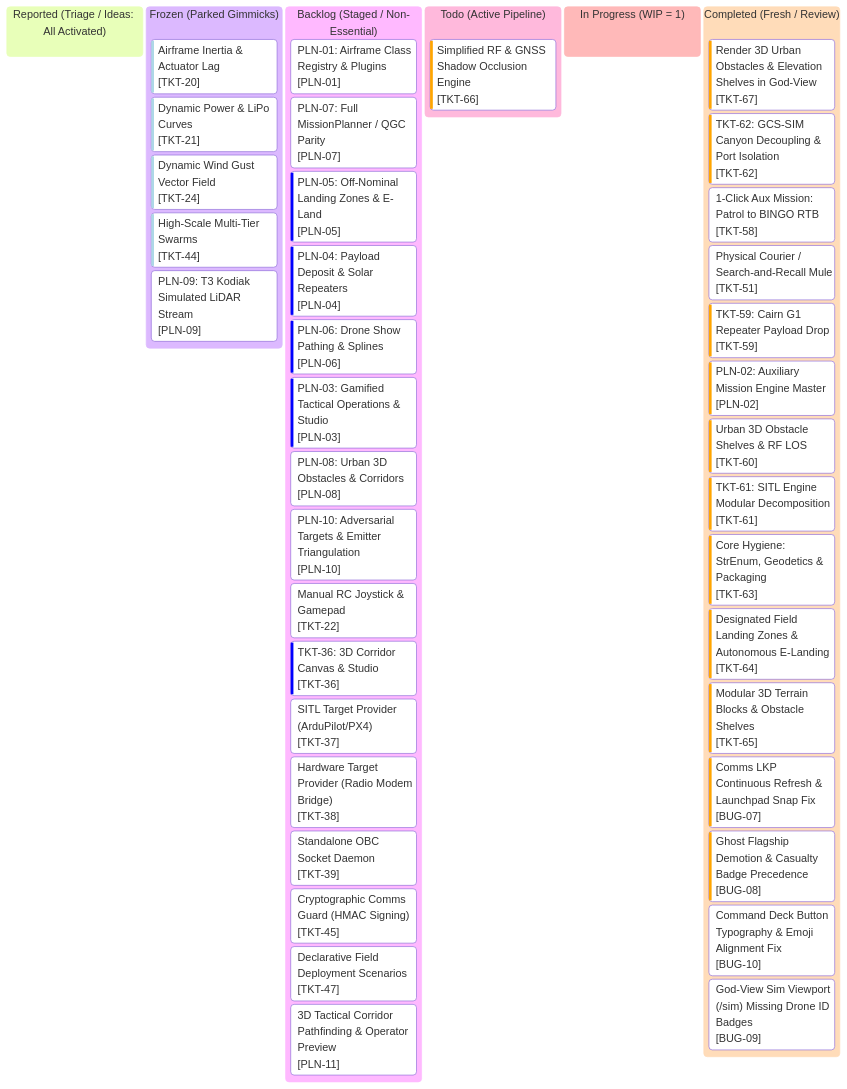
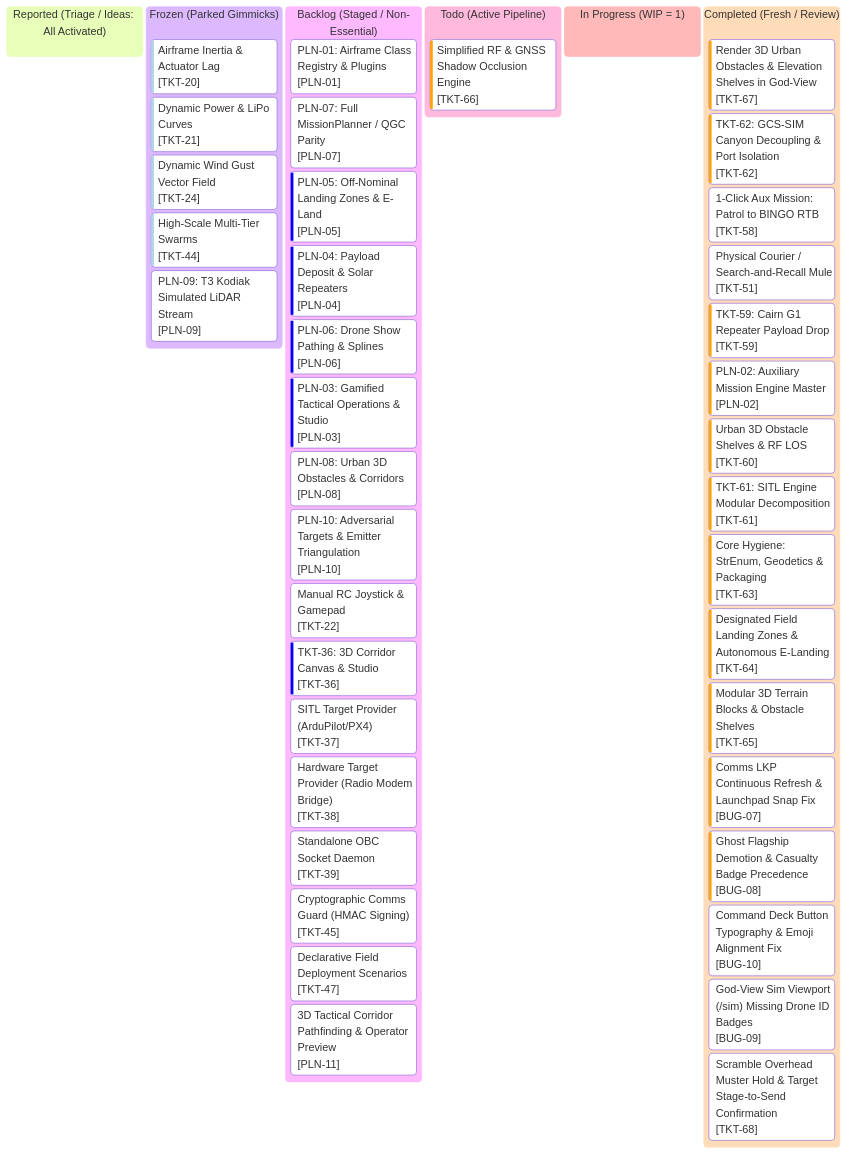
One commit to AlitheiaDeus/AlitheiaHive changed the diagram in roadmap/kanban.md. Above: the diagram before and after it, drawn with Mermaid. The commit also changed other lines of this file and 10 other files, not shown here.

Commit message:
feat(gcs): scramble base muster hold and target stage-and-send workflow (TKT-68)

````diff
--- a/roadmap/kanban.md
+++ b/roadmap/kanban.md
@@ -10,66 +10,67 @@
 ```mermaid
 %%{init: {
   'theme': 'base',
   'themeVariables': {
     'primaryColor': '#0d2235',
     'primaryTextColor': '#d4f4ff',
     'primaryBorderColor': '#00f0ff',
     'lineColor': '#00f0ff',
     'background': '#061019',
     'mainBkg': '#0a1926',
     'secondaryColor': '#081420',
     'secondaryTextColor': '#5a7e96',
     'secondaryBorderColor': '#134e6f',
     'tertiaryColor': '#0e263d',
     'tertiaryTextColor': '#00ffaa',
     'tertiaryBorderColor': '#00ffaa',
     'clusterBkg': '#081420',
     'clusterBorder': '#134e6f',
     'fontFamily': "'JetBrains Mono', 'Courier New', monospace"
   }
 }}%%
 kanban
   reported["Reported (Triage / Ideas: All Activated)"]
   frozen["Frozen (Parked Gimmicks)"]
     tkt20["Airframe Inertia & Actuator Lag"]@{ ticket: '[TKT-20]', priority: 'Very Low' }
     tkt21["Dynamic Power & LiPo Curves"]@{ ticket: '[TKT-21]', priority: 'Very Low' }
     tkt24["Dynamic Wind Gust Vector Field"]@{ ticket: '[TKT-24]', priority: 'Very Low' }
     tkt44["High-Scale Multi-Tier Swarms"]@{ ticket: '[TKT-44]', priority: 'Very Low' }
     pln09["PLN-09: T3 Kodiak Simulated LiDAR Stream"]@{ ticket: '[PLN-09]', priority: 'Medium' }
   backlog["Backlog (Staged / Non-Essential)"]
     pln01["PLN-01: Airframe Class Registry & Plugins"]@{ ticket: '[PLN-01]', priority: 'Medium' }
     pln07["PLN-07: Full MissionPlanner / QGC Parity"]@{ ticket: '[PLN-07]', priority: 'Medium' }
     pln05["PLN-05: Off-Nominal Landing Zones & E-Land"]@{ ticket: '[PLN-05]', priority: 'Low' }
     pln04["PLN-04: Payload Deposit & Solar Repeaters"]@{ ticket: '[PLN-04]', priority: 'Low' }
     pln06["PLN-06: Drone Show Pathing & Splines"]@{ ticket: '[PLN-06]', priority: 'Low' }
     pln03["PLN-03: Gamified Tactical Operations & Studio"]@{ ticket: '[PLN-03]', priority: 'Low' }
     pln08["PLN-08: Urban 3D Obstacles & Corridors"]@{ ticket: '[PLN-08]', priority: 'Medium' }
     pln10["PLN-10: Adversarial Targets & Emitter Triangulation"]@{ ticket: '[PLN-10]', priority: 'Medium' }
     tkt22["Manual RC Joystick & Gamepad"]@{ ticket: '[TKT-22]', priority: 'Medium' }
     tkt36["TKT-36: 3D Corridor Canvas & Studio"]@{ ticket: '[TKT-36]', priority: 'Low' }
     tkt37["SITL Target Provider (ArduPilot/PX4)"]@{ ticket: '[TKT-37]', priority: 'Medium' }
     tkt38["Hardware Target Provider (Radio Modem Bridge)"]@{ ticket: '[TKT-38]', priority: 'Medium' }
     tkt39["Standalone OBC Socket Daemon"]@{ ticket: '[TKT-39]', priority: 'Medium' }
     tkt45["Cryptographic Comms Guard (HMAC Signing)"]@{ ticket: '[TKT-45]', priority: 'Medium' }
     tkt47["Declarative Field Deployment Scenarios"]@{ ticket: '[TKT-47]', priority: 'Medium' }
     pln11["3D Tactical Corridor Pathfinding & Operator Preview"]@{ ticket: '[PLN-11]', priority: 'Medium' }
   todo["Todo (Active Pipeline)"]
     tkt66["Simplified RF & GNSS Shadow Occlusion Engine"]@{ ticket: '[TKT-66]', priority: 'High' }
   in_progress["In Progress (WIP = 1)"]
   completed["Completed (Fresh / Review)"]
     tkt67["Render 3D Urban Obstacles & Elevation Shelves in God-View"]@{ ticket: '[TKT-67]', priority: 'High' }
     tkt62["TKT-62: GCS-SIM Canyon Decoupling & Port Isolation"]@{ ticket: '[TKT-62]', priority: 'High' }
     tkt58["1-Click Aux Mission: Patrol to BINGO RTB"]@{ ticket: '[TKT-58]', priority: 'Medium' }
     tkt51["Physical Courier / Search-and-Recall Mule"]@{ ticket: '[TKT-51]', priority: 'Medium' }
     tkt59["TKT-59: Cairn G1 Repeater Payload Drop"]@{ ticket: '[TKT-59]', priority: 'High' }
     pln02["PLN-02: Auxiliary Mission Engine Master"]@{ ticket: '[PLN-02]', priority: 'High' }
     tkt60["Urban 3D Obstacle Shelves & RF LOS"]@{ ticket: '[TKT-60]', priority: 'High' }
     tkt61["TKT-61: SITL Engine Modular Decomposition"]@{ ticket: '[TKT-61]', priority: 'High' }
     tkt63["Core Hygiene: StrEnum, Geodetics & Packaging"]@{ ticket: '[TKT-63]', priority: 'High' }
     tkt64["Designated Field Landing Zones & Autonomous E-Landing"]@{ ticket: '[TKT-64]', priority: 'High' }
     tkt65["Modular 3D Terrain Blocks & Obstacle Shelves"]@{ ticket: '[TKT-65]', priority: 'High' }
     bug07["Comms LKP Continuous Refresh & Launchpad Snap Fix"]@{ ticket: '[BUG-07]', priority: 'High' }
     bug08["Ghost Flagship Demotion & Casualty Badge Precedence"]@{ ticket: '[BUG-08]', priority: 'High' }
     bug10["Command Deck Button Typography & Emoji Alignment Fix"]@{ ticket: '[BUG-10]', priority: 'Normal' }
     bug09["God-View Sim Viewport (/sim) Missing Drone ID Badges"]@{ ticket: '[BUG-09]', priority: 'Normal' }
+    tkt68["Scramble Overhead Muster Hold & Target Stage-to-Send Confirmation"]@{ ticket: '[TKT-68]', priority: 'Normal' }
 ```
````
